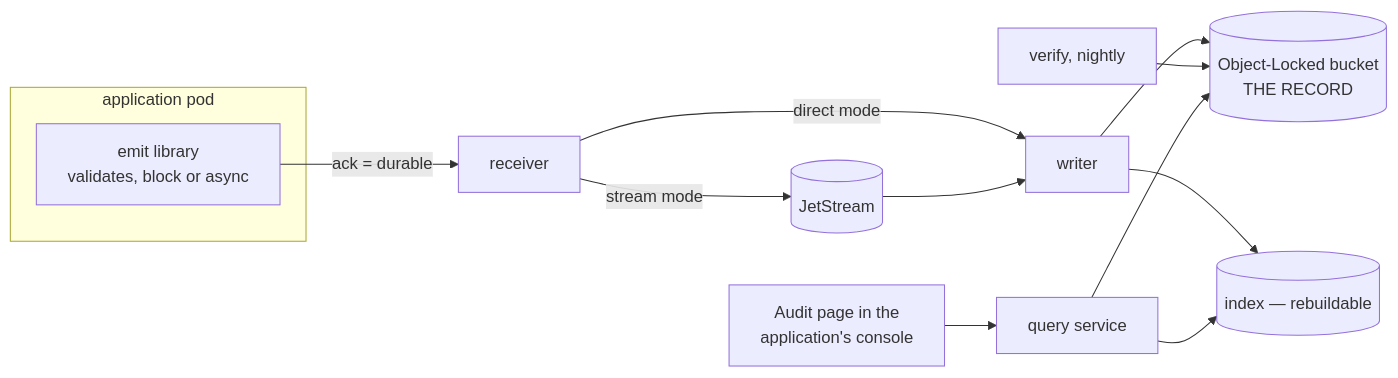
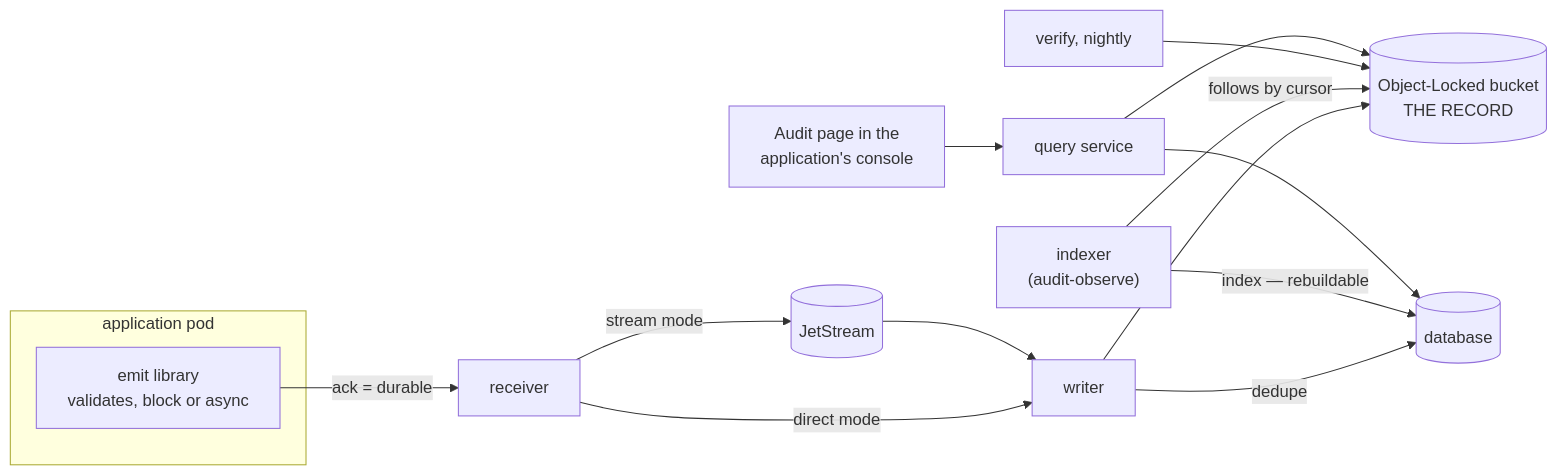
Before and after one commit to truvity/audit: the diagram in README.md, drawn with Mermaid. The commit also changed other lines of this file and 106 other files, not shown here.

First line of the commit message:
feat: the cursor indexer, with observe split from the writer

````diff
--- a/README.md
+++ b/README.md
@@ -12,15 +12,17 @@
 ```mermaid
 flowchart LR
   subgraph app["application pod"]
     E["emit library<br/>validates, block or async"]
   end
   E -- "ack = durable" --> R["receiver"]
   R -- "direct mode" --> W["writer"]
   R -- "stream mode" --> N[("JetStream")] --> W
   W --> S3[("Object-Locked bucket<br/>THE RECORD")]
-  W --> PG[("index — rebuildable")]
+  W -- "dedupe" --> PG[("database")]
+  O["indexer<br/>(audit-observe)"] -- "follows by cursor" --> S3
+  O -- "index — rebuildable" --> PG
   D["verify, nightly"] --> S3
   Q["query service"] --> PG
   Q --> S3
   UI["Audit page in the<br/>application's console"] --> Q
 ```
````
